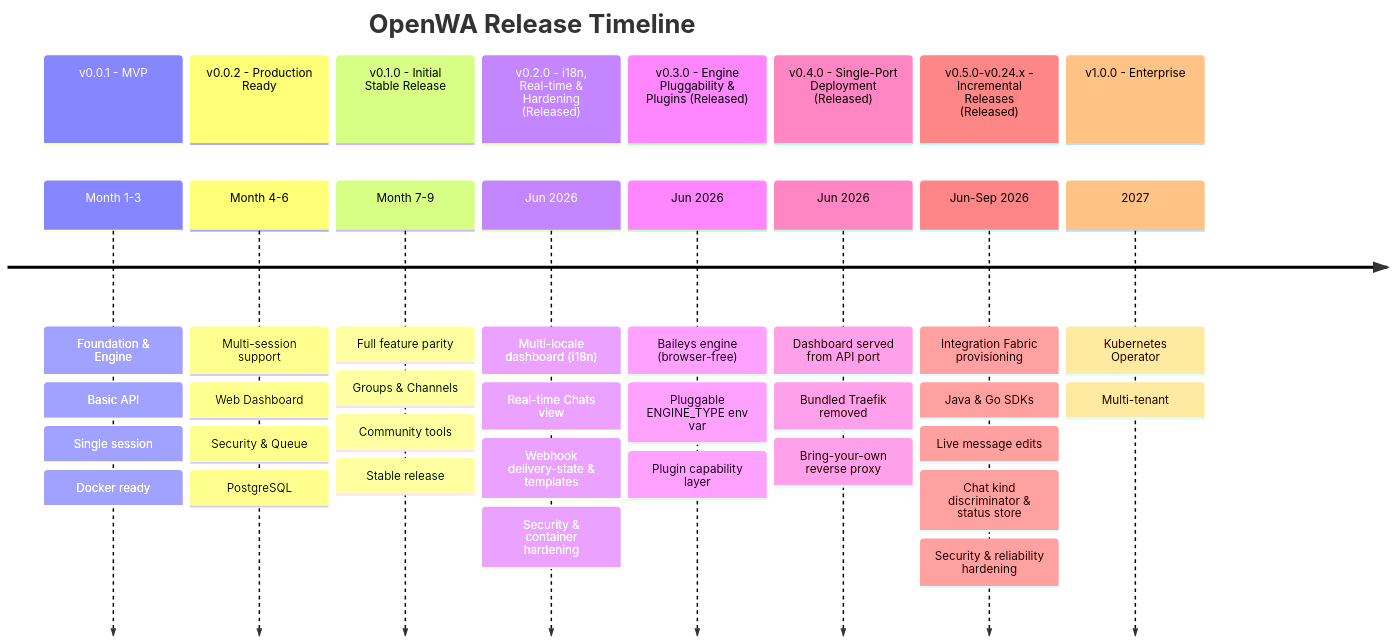
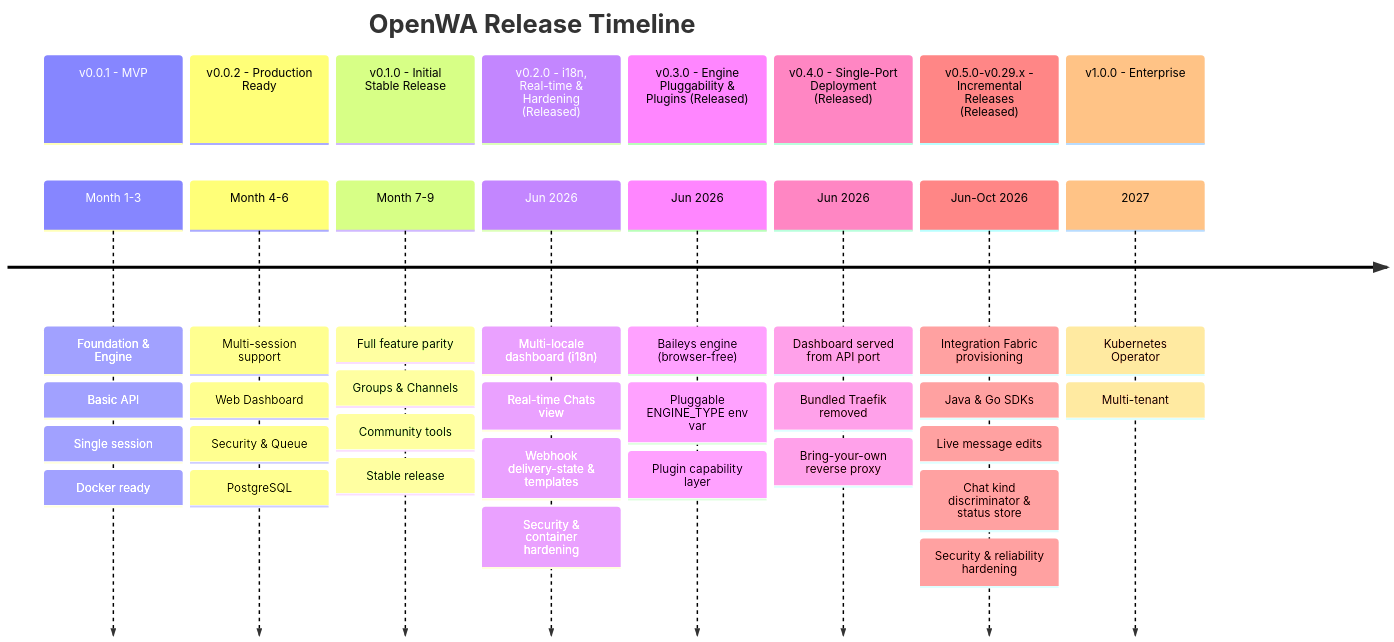
One commit to Y345ez/OpenWA-mlakot changed the first of 7 diagrams in docs/15-project-roadmap.md. Above: the diagram before and after it, drawn with Mermaid. The commit also changed other lines of this file and 1478 other files, not shown here.

````diff
--- a/docs/15-project-roadmap.md
+++ b/docs/15-project-roadmap.md
@@ -5,49 +5,49 @@
 ```mermaid
 timeline
     title OpenWA Release Timeline
 
     section v0.0.1 - MVP
         Month 1-3 : Foundation & Engine
                   : Basic API
                   : Single session
                   : Docker ready
 
     section v0.0.2 - Production Ready
         Month 4-6 : Multi-session support
                   : Web Dashboard
                   : Security & Queue
                   : PostgreSQL
 
     section v0.1.0 - Initial Stable Release
         Month 7-9 : Full feature parity
                   : Groups & Channels
                   : Community tools
                   : Stable release
 
     section v0.2.0 - i18n, Real-time & Hardening (Released)
         Jun 2026 : Multi-locale dashboard (i18n)
                  : Real-time Chats view
                  : Webhook delivery-state & templates
                  : Security & container hardening
 
     section v0.3.0 - Engine Pluggability & Plugins (Released)
         Jun 2026 : Baileys engine (browser-free)
                  : Pluggable ENGINE_TYPE env var
                  : Plugin capability layer
 
     section v0.4.0 - Single-Port Deployment (Released)
         Jun 2026 : Dashboard served from API port
                  : Bundled Traefik removed
                  : Bring-your-own reverse proxy
 
-    section v0.5.0-v0.24.x - Incremental Releases (Released)
-        Jun-Sep 2026 : Integration Fabric provisioning
+    section v0.5.0-v0.29.x - Incremental Releases (Released)
+        Jun-Oct 2026 : Integration Fabric provisioning
                      : Java & Go SDKs
                      : Live message edits
                      : Chat kind discriminator & status store
                      : Security & reliability hardening
 
     section v1.0.0 - Enterprise
         2027 : Kubernetes Operator
              : Multi-tenant
 ```
````
